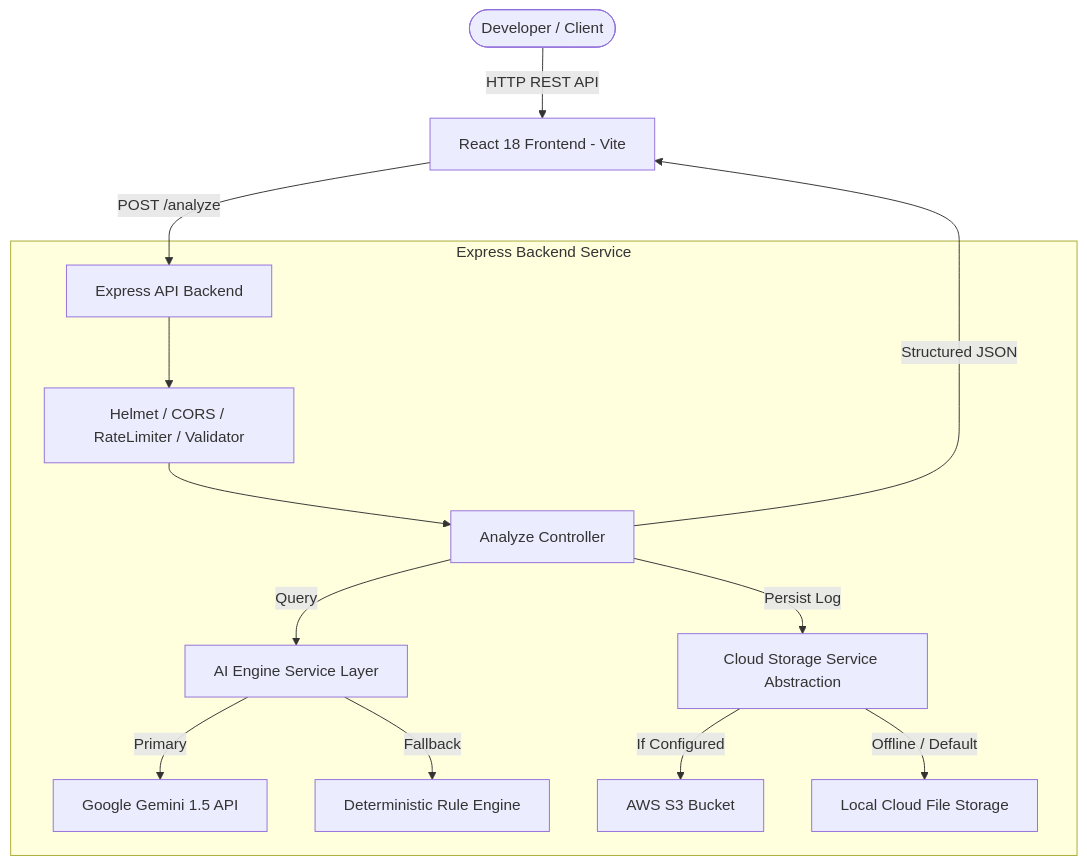
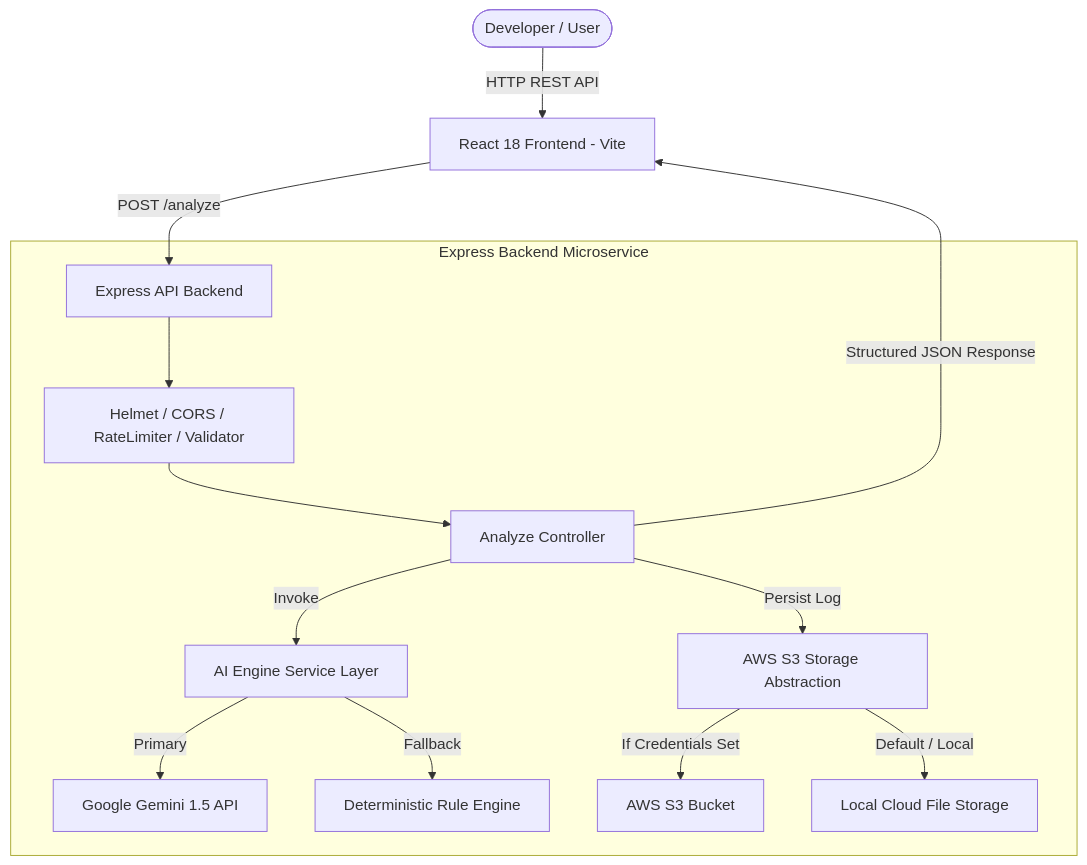
One commit to Dhanya562004/Stack-fix changed the diagram in README.md. Above: the diagram before and after it, drawn with Mermaid. The commit also changed other lines of this file, not shown here.

Commit message:
docs: Update README with badges, live demo link, and detailed architecture

````diff
--- a/README.md
+++ b/README.md
@@ -17,21 +57,21 @@
 ```mermaid
 graph TD
-    User([Developer / Client]) -->|HTTP REST API| ReactFE[React 18 Frontend - Vite]
+    User([Developer / User]) -->|HTTP REST API| ReactFE[React 18 Frontend - Vite]
     ReactFE -->|POST /analyze| ExpressAPI[Express API Backend]
-    
-    subgraph Express Backend Service
+
+    subgraph Express Backend Microservice
         ExpressAPI --> MW[Helmet / CORS / RateLimiter / Validator]
         MW --> Controller[Analyze Controller]
         
-        Controller -->|Query| AIService[AI Engine Service Layer]
-        Controller -->|Persist Log| StorageService[Cloud Storage Service Abstraction]
+        Controller -->|Invoke| AIService[AI Engine Service Layer]
+        Controller -->|Persist Log| StorageService[AWS S3 Storage Abstraction]
         
         AIService -->|Primary| GeminiAPI[Google Gemini 1.5 API]
         AIService -->|Fallback| HeuristicEngine[Deterministic Rule Engine]
         
-        StorageService -->|If Configured| AWSS3[AWS S3 Bucket]
-        StorageService -->|Offline / Default| LocalStorage[Local Cloud File Storage]
+        StorageService -->|If Credentials Set| AWSS3[AWS S3 Bucket]
+        StorageService -->|Default / Local| LocalStorage[Local Cloud File Storage]
     end
 
-    Controller -->|Structured JSON| ReactFE
+    Controller -->|Structured JSON Response| ReactFE
 ```
````
